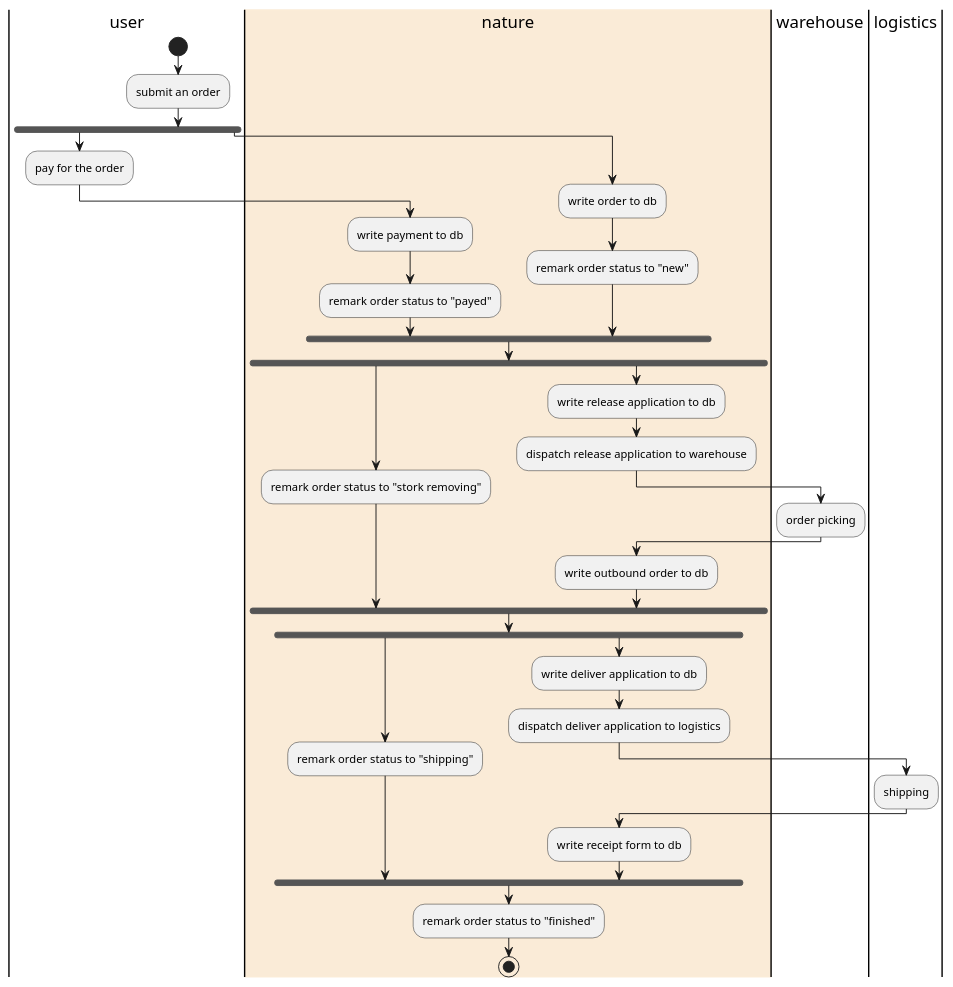
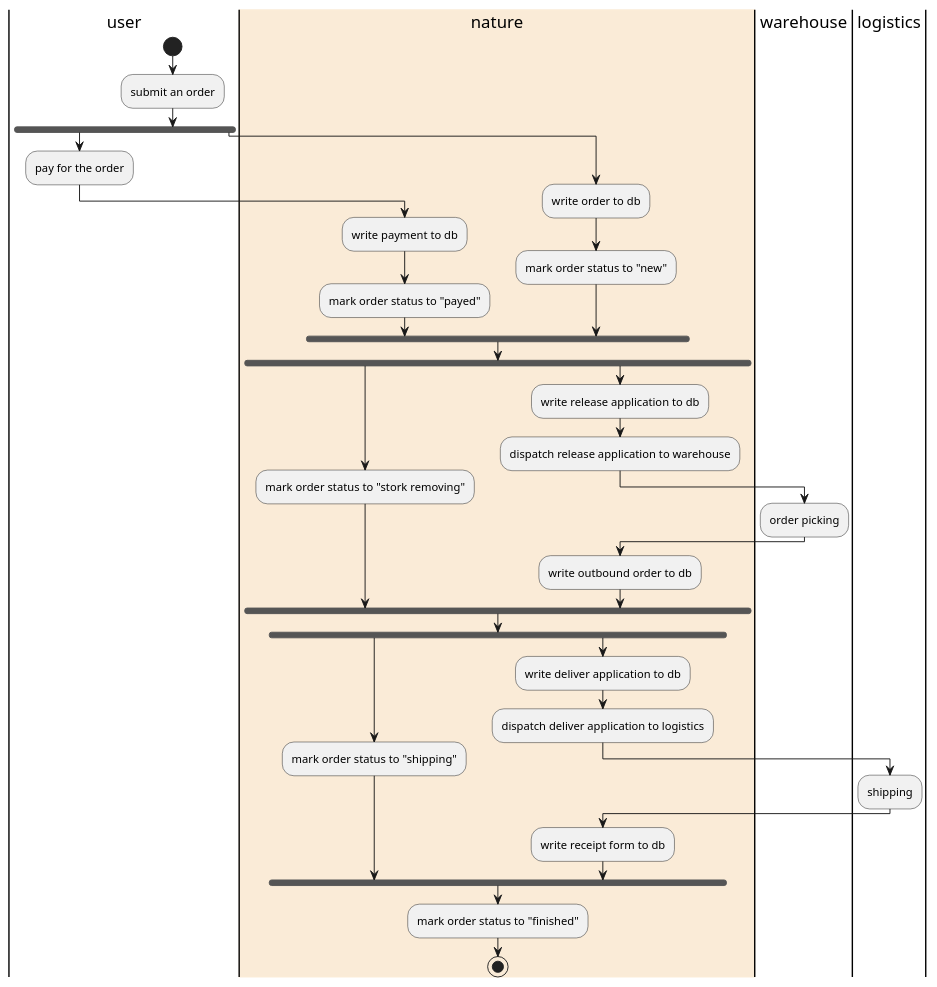
Before and after one commit to llxxbb/Nature: the diagram in doc/help/demo/processing-flow.puml, drawn with PlantUML. The commit also changed 6 other files, not shown here.

```diff
--- a/doc/help/demo/processing-flow.puml
+++ b/doc/help/demo/processing-flow.puml
@@ -1,38 +1,38 @@
 @startuml
 |user|
 start
 :submit an order;
 fork
     :pay for the order;
     |nature|
     :write payment to db;
-    :remark order status to "payed";
+    :mark order status to "payed";
 fork again
     |#AntiqueWhite|nature|
     :write order to db;
-    :remark order status to "new";
+    :mark order status to "new";
 end fork
 |nature|
 fork
-:remark order status to "stork removing";
+:mark order status to "stork removing";
 fork again
 :write release application to db;
 :dispatch release application to warehouse;
 |warehouse|
 :order picking;
 |nature|
 :write outbound order to db;
 end fork
 fork
-:remark order status to "shipping";
+:mark order status to "shipping";
 fork again
 :write deliver application to db;
 :dispatch deliver application to logistics;
 |logistics|
 :shipping;
 |nature|
 :write receipt form to db;
 end fork
-:remark order status to "finished";
+:mark order status to "finished";
 stop
 @enduml
```
